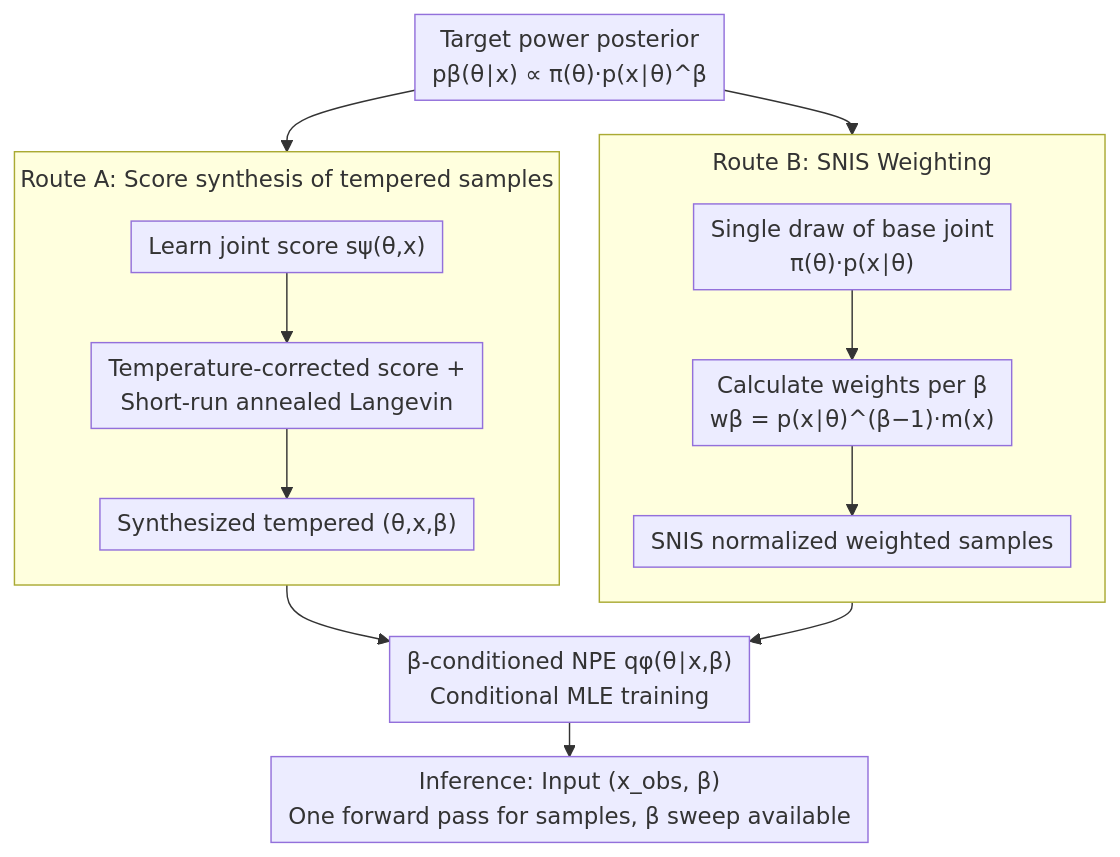
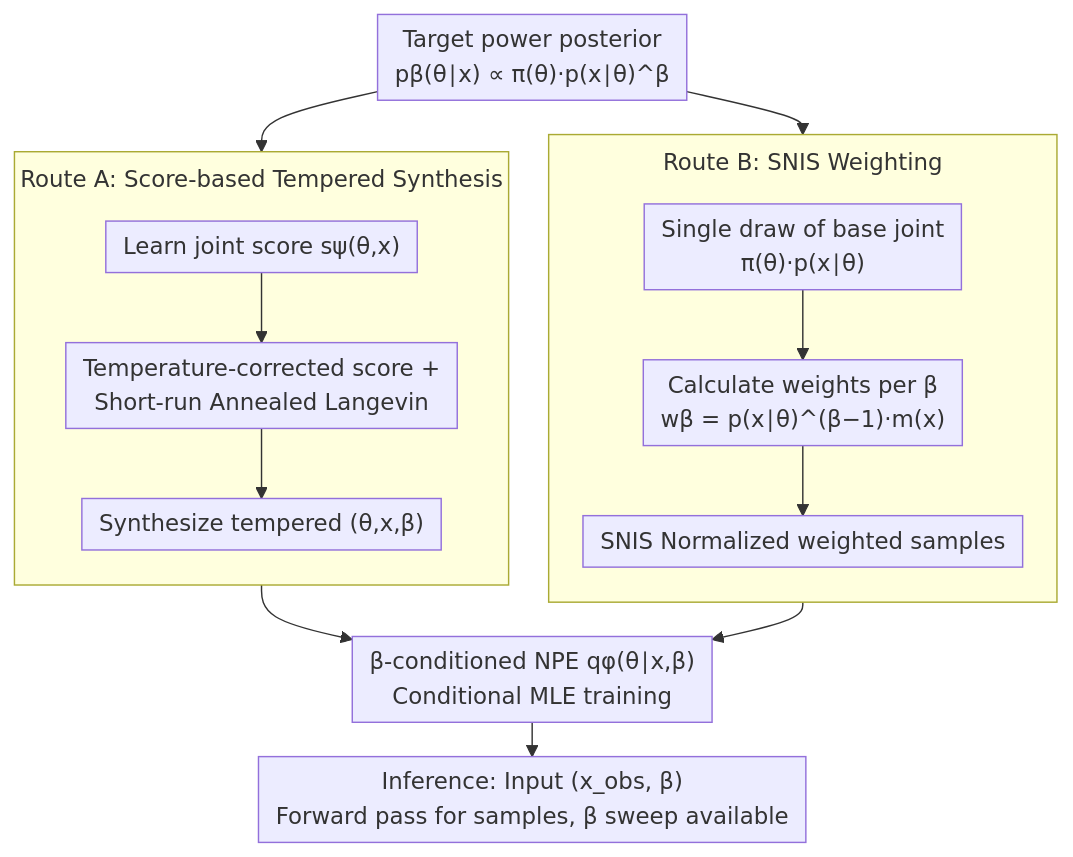
The diagram in docs/ICML2026/others/amortized_simulation-based_inference_in_generalized_bayes_via_neural_posterior_e.md (zhaoyang97/Paper-Notes-en), drawn with Mermaid before and after one commit. The commit also changed other lines of this file and 5084 other files, not shown here.

````diff
--- a/docs/ICML2026/others/amortized_simulation-based_inference_in_generalized_bayes_via_neural_posterior_e.md
+++ b/docs/ICML2026/others/amortized_simulation-based_inference_in_generalized_bayes_via_neural_posterior_e.md
@@ -51,20 +51,20 @@
 ```mermaid
 %%{init: {'flowchart': {'rankSpacing': 24, 'nodeSpacing': 28, 'padding': 6, 'wrappingWidth': 400, 'subGraphTitleMargin': {'top': 8, 'bottom': 16}}}}%%
 flowchart TD
     P["Target power posterior<br/>pβ(θ∣x) ∝ π(θ)·p(x∣θ)^β"]
     P --> RA
     P --> RB
-    subgraph RA["Route A: Score synthesis of tempered samples"]
+    subgraph RA["Route A: Score-based Tempered Synthesis"]
         direction TB
-        A1["Learn joint score sψ(θ,x)"] --> A2["Temperature-corrected score +<br/>Short-run annealed Langevin"]
-        A2 --> A3["Synthesized tempered (θ,x,β)"]
+        A1["Learn joint score sψ(θ,x)"] --> A2["Temperature-corrected score +<br/>Short-run Annealed Langevin"]
+        A2 --> A3["Synthesize tempered (θ,x,β)"]
     end
     subgraph RB["Route B: SNIS Weighting"]
         direction TB
         B1["Single draw of base joint<br/>π(θ)·p(x∣θ)"] --> B2["Calculate weights per β<br/>wβ = p(x∣θ)^(β−1)·m(x)"]
-        B2 --> B3["SNIS normalized weighted samples"]
+        B2 --> B3["SNIS Normalized weighted samples"]
     end
     RA --> N["β-conditioned NPE qφ(θ∣x,β)<br/>Conditional MLE training"]
     RB --> N
-    N --> I["Inference: Input (x_obs, β)<br/>One forward pass for samples, β sweep available"]
+    N --> I["Inference: Input (x_obs, β)<br/>Forward pass for samples, β sweep available"]
 ```
````
